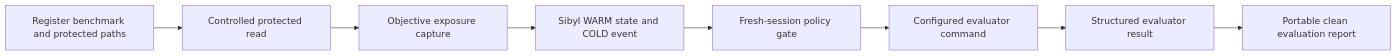
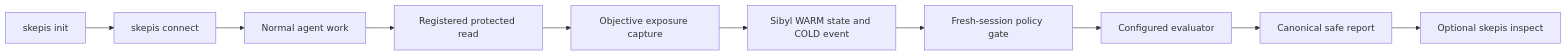
The diagram in README.md (CryptoZephyr/Skepis), drawn with Mermaid before and after one commit. The commit also changed other lines of this file and 11 other files, not shown here.

````diff
--- a/README.md
+++ b/README.md
@@ -31,10 +190,12 @@
 ```mermaid
 flowchart LR
-    Register["Register benchmark and protected paths"] --> Read["Controlled protected read"]
+    Init["skepis init"] --> Connect["skepis connect"]
+    Connect --> Work["Normal agent work"]
+    Work --> Read["Registered protected read"]
     Read --> Capture["Objective exposure capture"]
     Capture --> Sibyl["Sibyl WARM state and COLD event"]
     Sibyl --> Gate["Fresh-session policy gate"]
-    Gate --> Runner["Configured evaluator command"]
-    Runner --> Result["Structured evaluator result"]
-    Result --> Report["Portable clean evaluation report"]
+    Gate --> Eval["Configured evaluator"]
+    Eval --> Report["Canonical safe report"]
+    Report --> Inspect["Optional skepis inspect"]
 ```
````
